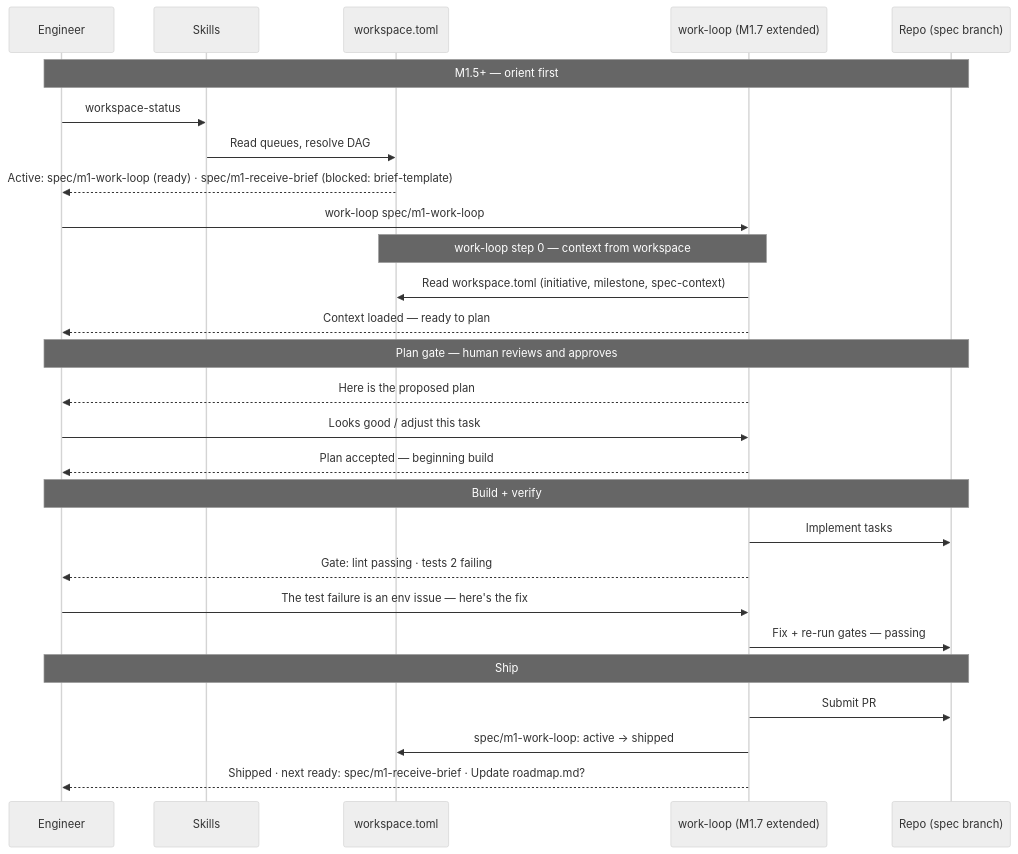
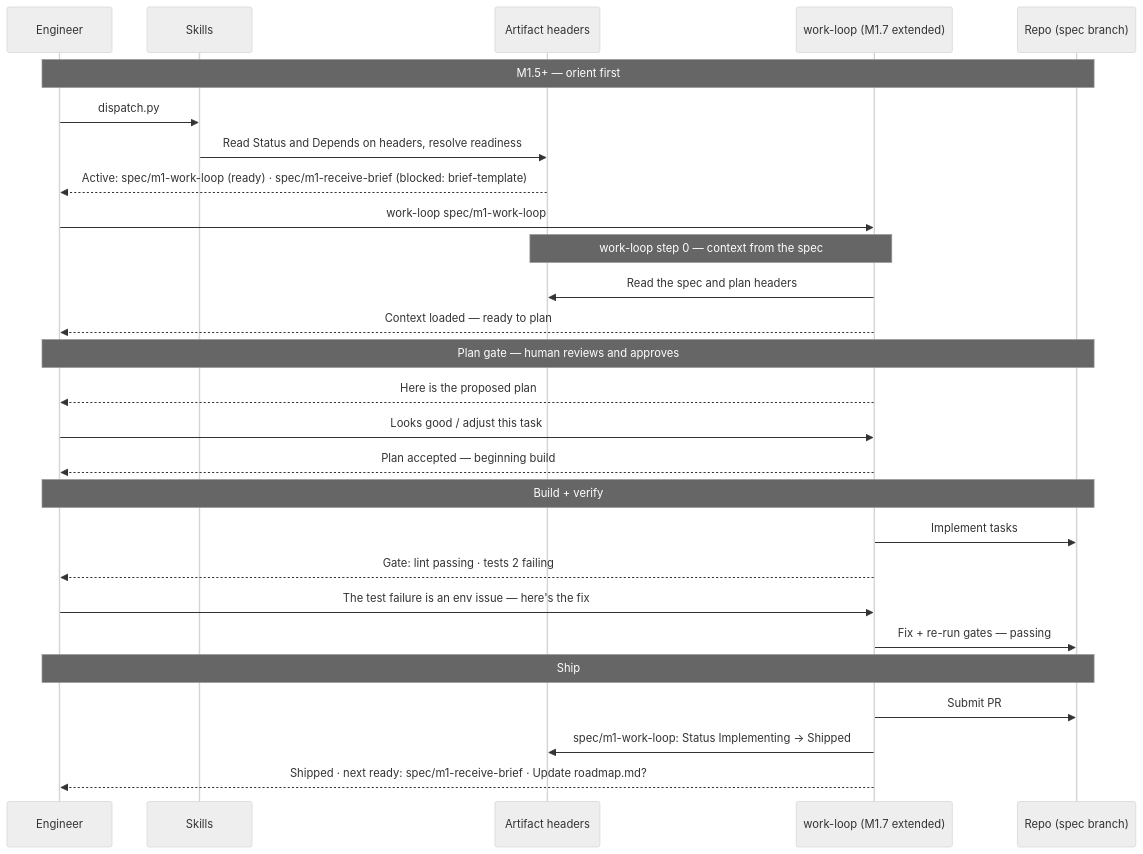
One commit to eugenelim/agent-ready-repo changed the diagram in docs/product/journeys/engineer-runs-work-loop.md. Above: the diagram before and after it, drawn with Mermaid (neutral theme). The commit also changed other lines of this file and 213 other files, not shown here.

First line of the commit message:
feat(core): publish the workspace.toml upgrade notes and move every operative reference off the registry (core 4.0.14)

````diff
--- a/docs/product/journeys/engineer-runs-work-loop.md
+++ b/docs/product/journeys/engineer-runs-work-loop.md
@@ -64,34 +64,34 @@
 ```mermaid
 sequenceDiagram
     participant E as Engineer
     participant SK as Skills
-    participant WS as workspace.toml
+    participant WS as Artifact headers
     participant WL as work-loop (M1.7 extended)
     participant R as Repo (spec branch)
 
     Note over E,R: M1.5+ — orient first
-    E->>SK: workspace-status
-    SK->>WS: Read queues, resolve DAG
+    E->>SK: dispatch.py
+    SK->>WS: Read Status and Depends on headers, resolve readiness
     WS-->>E: Active: spec/m1-work-loop (ready) · spec/m1-receive-brief (blocked: brief-template)
     E->>WL: work-loop spec/m1-work-loop
 
-    Note over WL,WS: work-loop step 0 — context from workspace
-    WL->>WS: Read workspace.toml (initiative, milestone, spec-context)
+    Note over WL,WS: work-loop step 0 — context from the spec
+    WL->>WS: Read the spec and plan headers
     WL-->>E: Context loaded — ready to plan
 
     Note over E,R: Plan gate — human reviews and approves
     WL-->>E: Here is the proposed plan
     E->>WL: Looks good / adjust this task
     WL-->>E: Plan accepted — beginning build
 
     Note over E,R: Build + verify
     WL->>R: Implement tasks
     WL-->>E: Gate: lint passing · tests 2 failing
     E->>WL: The test failure is an env issue — here's the fix
     WL->>R: Fix + re-run gates — passing
 
     Note over E,R: Ship
     WL->>R: Submit PR
-    WL->>WS: spec/m1-work-loop: active → shipped
+    WL->>WS: spec/m1-work-loop: Status Implementing → Shipped
     WL-->>E: Shipped · next ready: spec/m1-receive-brief · Update roadmap.md?
 ```
````
